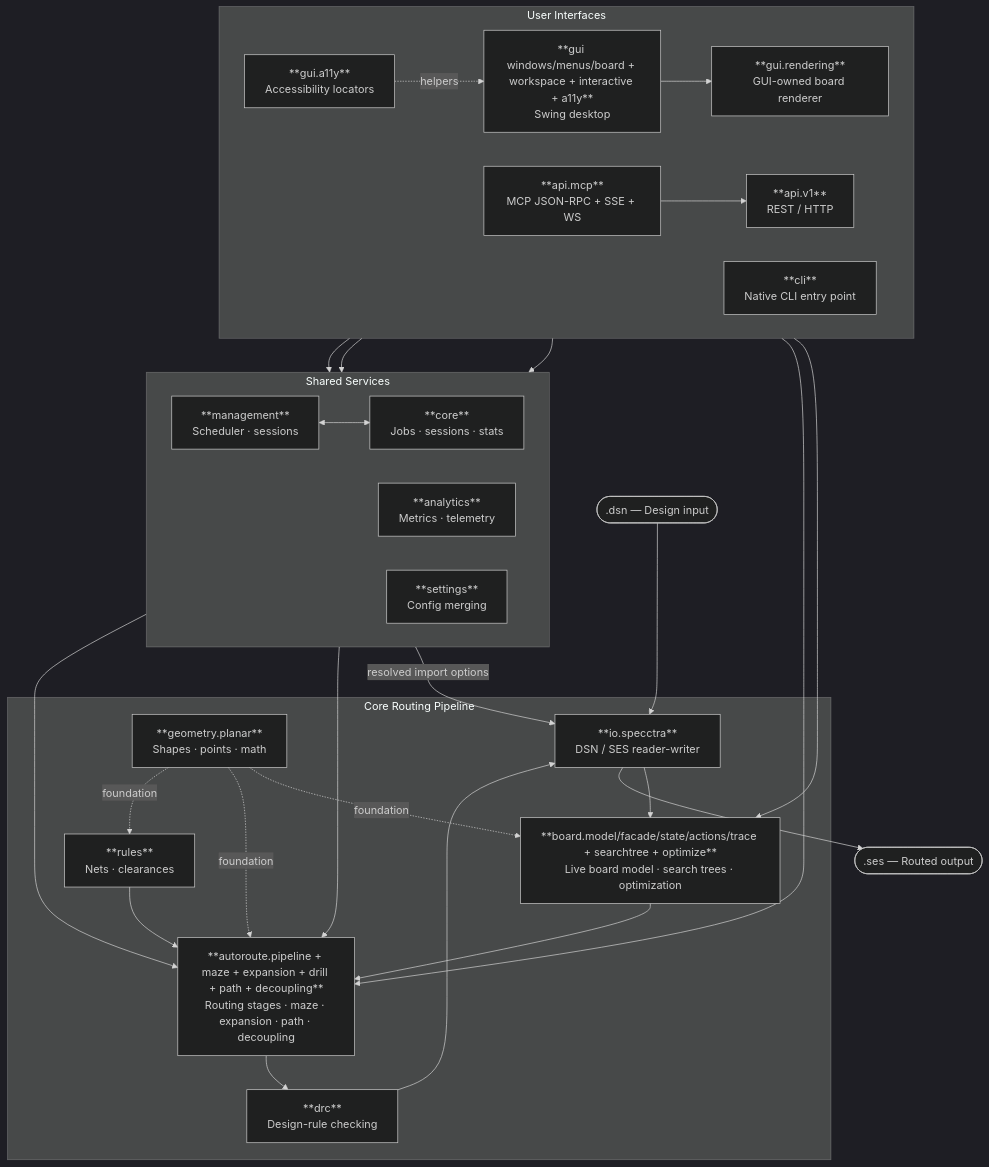
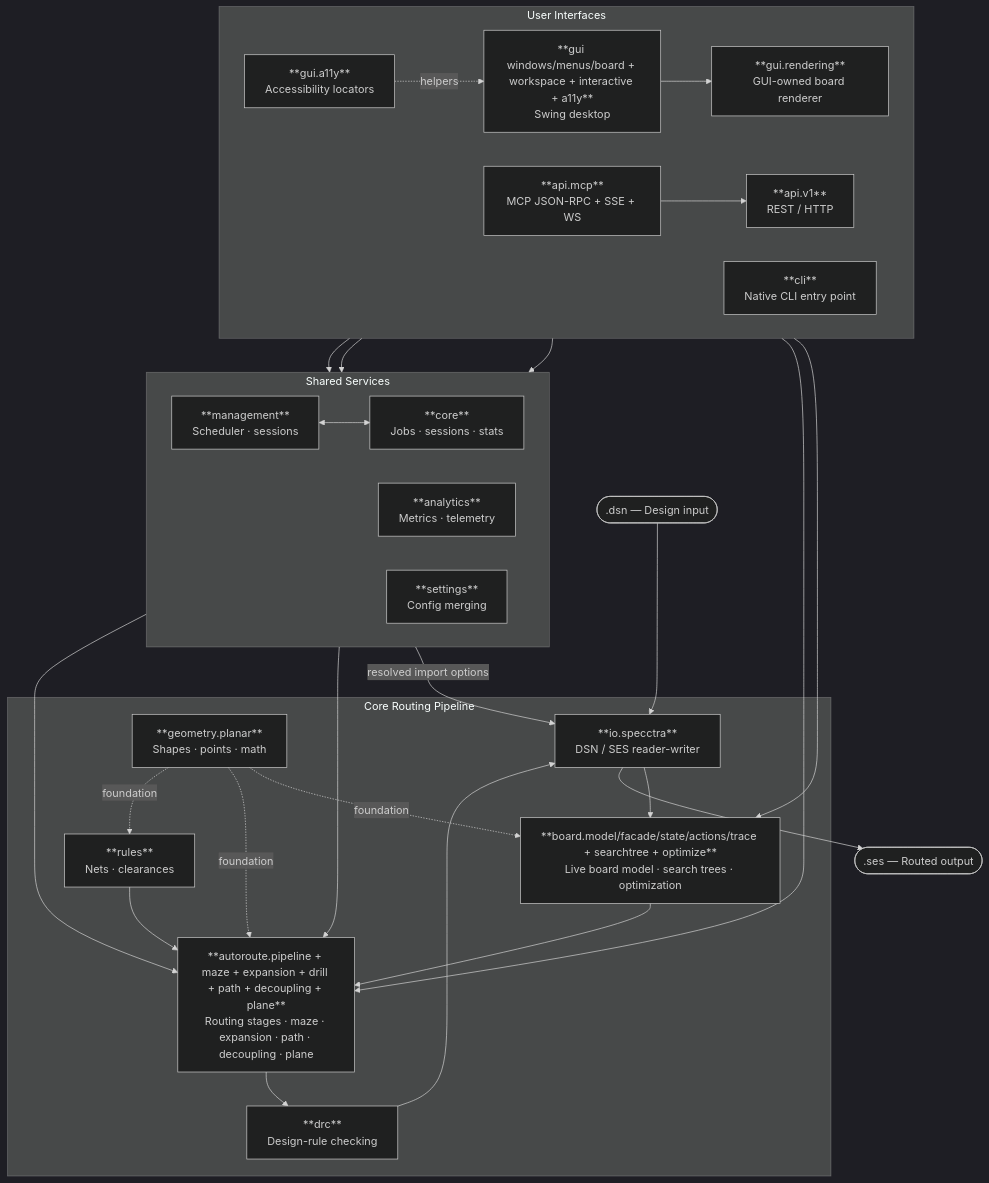
The diagram in docs/architecture.md (freerouting/freerouting), drawn with Mermaid (dark theme) before and after one commit. The commit also changed other lines of this file and 1 other file, not shown here.

Commit message:
docs(architecture): document autoroute.plane package and KiCad automatic zone filling

````diff
--- a/docs/architecture.md
+++ b/docs/architecture.md
@@ -16,52 +16,52 @@
 ```mermaid
 flowchart TD
     DSN([".dsn — Design input"])
     SES([".ses — Routed output"])
 
     subgraph interfaces ["User Interfaces"]
         direction LR
         GUI["**gui windows/menus/board + workspace + interactive + a11y**\nSwing desktop"]
         RENDER["**gui.rendering**\nGUI-owned board renderer"]
         A11Y["**gui.a11y**\nAccessibility locators"]
         API["**api.v1**\nREST / HTTP"]
         MCP["**api.mcp**\nMCP JSON-RPC + SSE + WS"]
         CLI["**cli**\nNative CLI entry point"]
     end
 
     subgraph services ["Shared Services"]
         direction LR
         MGMT["**management**\nScheduler · sessions"]
         ANALYTICS["**analytics**\nMetrics · telemetry"]
         CORE["**core**\nJobs · sessions · stats"]
         CFG["**settings**\nConfig merging"]
     end
 
     subgraph pipeline ["Core Routing Pipeline"]
         IO["**io.specctra**\nDSN / SES reader-writer"]
         BOARD["**board.model/facade/state/actions/trace + searchtree + optimize**\nLive board model · search trees · optimization"]
         RULES["**rules**\nNets · clearances"]
-        AR["**autoroute.pipeline + maze + expansion + drill + path + decoupling**\nRouting stages · maze · expansion · path · decoupling"]
+        AR["**autoroute.pipeline + maze + expansion + drill + path + decoupling + plane**\nRouting stages · maze · expansion · path · decoupling · plane"]
         DRC["**drc**\nDesign-rule checking"]
         GEO["**geometry.planar**\nShapes · points · math"]
     end
 
     DSN --> IO --> BOARD
     MGMT -->|resolved import options| IO
     RULES --> AR
     BOARD --> AR
     AR --> DRC --> IO --> SES
     GEO -. foundation .-> BOARD
     GEO -. foundation .-> AR
     GEO -. foundation .-> RULES
 
     GUI --> MGMT
     GUI --> RENDER --> BOARD
     RENDER --> AR
     A11Y -. helpers .-> GUI
     API --> MGMT
     MCP --> API
     CLI --> MGMT
     MGMT <--> CORE
     CFG --> AR
     CORE --> AR
 ```
````
